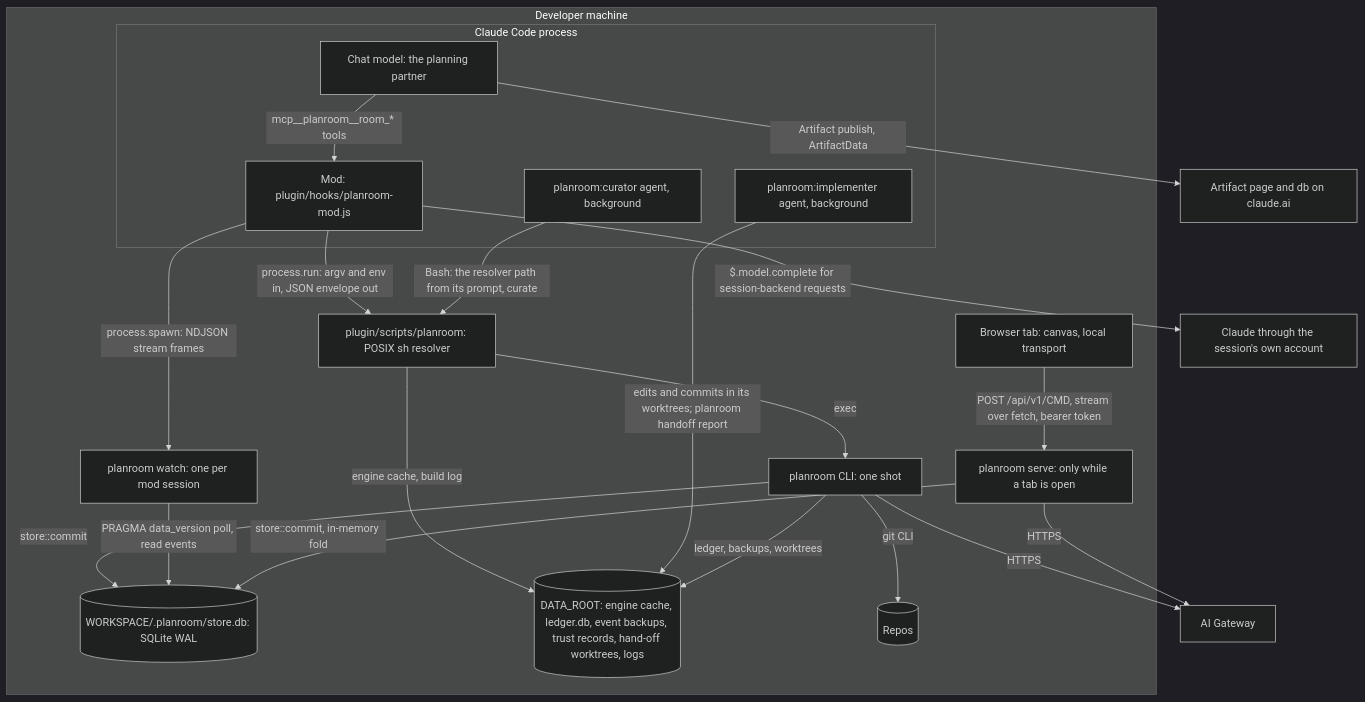
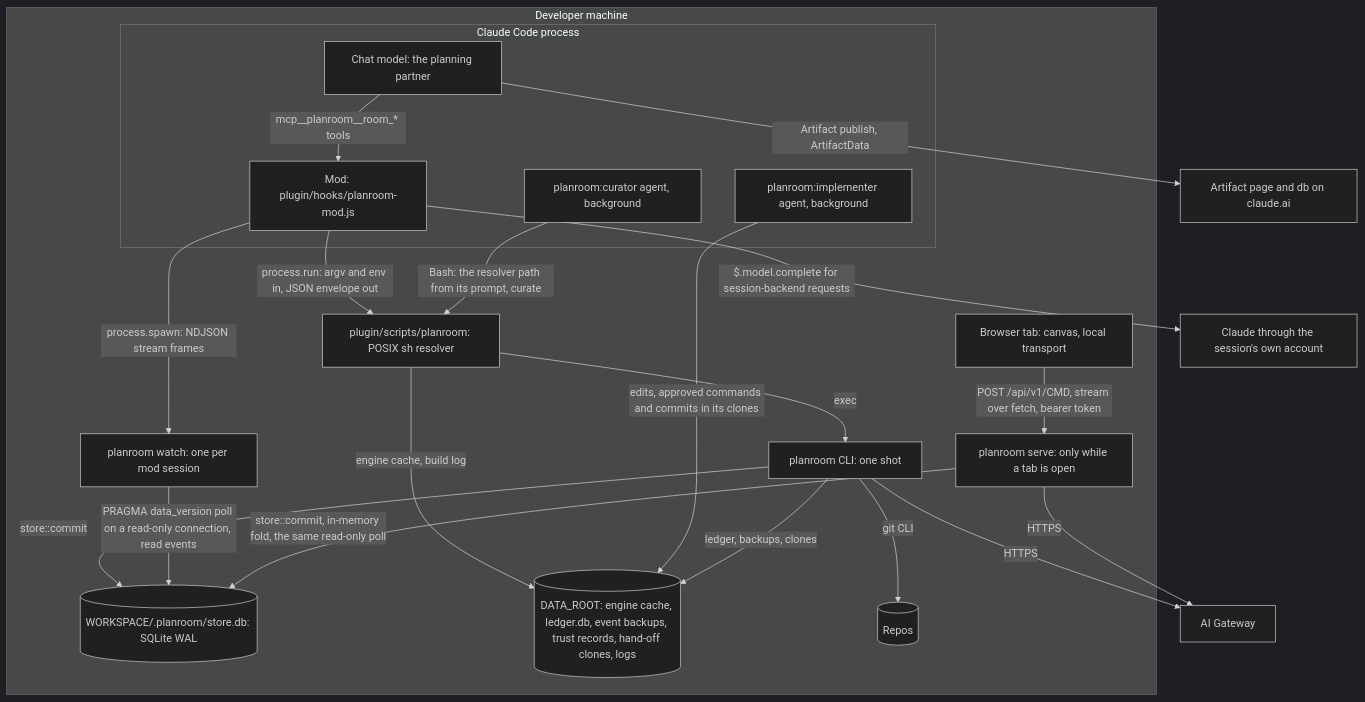
Before and after one commit to doodla/planroom: the second of 7 diagrams in docs/contributing/architecture.md, drawn with Mermaid (dark theme). The commit also changed other lines of this file and 11 other files, not shown here.

First line of the commit message:
Architecture review round 2: apply the fixes, owner follow-ups in DR-72

````diff
--- a/docs/contributing/architecture.md
+++ b/docs/contributing/architecture.md
@@ -110,39 +110,39 @@
 ```mermaid
 flowchart TB
   subgraph machine["Developer machine"]
     subgraph ccp["Claude Code process"]
       mod["Mod: plugin/hooks/planroom-mod.js"]
       chat["Chat model: the planning partner"]
       impl["planroom:implementer agent, background"]
       cur["planroom:curator agent, background"]
     end
     resolver["plugin/scripts/planroom: POSIX sh resolver"]
     cli["planroom CLI: one shot"]
     watch["planroom watch: one per mod session"]
     serve["planroom serve: only while a tab is open"]
     db[("WORKSPACE/.planroom/store.db: SQLite WAL")]
-    data[("DATA_ROOT: engine cache, ledger.db, event backups, trust records, hand-off worktrees, logs")]
+    data[("DATA_ROOT: engine cache, ledger.db, event backups, trust records, hand-off clones, logs")]
     repos[("Repos")]
     tab["Browser tab: canvas, local transport"]
   end
   gw["AI Gateway"]
   acct["Claude through the session's own account"]
   art["Artifact page and db on claude.ai"]
   chat -- "mcp__planroom__room_* tools" --> mod
   mod -- "process.run: argv and env in, JSON envelope out" --> resolver
   mod -- "process.spawn: NDJSON stream frames" --> watch
   mod -- "$.model.complete for session-backend requests" --> acct
   resolver -- "exec" --> cli
   resolver -- "engine cache, build log" --> data
   cur -- "Bash: the resolver path from its prompt, curate" --> resolver
-  impl -- "edits and commits in its worktrees; planroom handoff report" --> data
+  impl -- "edits, approved commands and commits in its clones" --> data
   cli -- "store::commit" --> db
-  cli -- "ledger, backups, worktrees" --> data
-  watch -- "PRAGMA data_version poll, read events" --> db
-  serve -- "store::commit, in-memory fold" --> db
+  cli -- "ledger, backups, clones" --> data
+  watch -- "PRAGMA data_version poll on a read-only connection, read events" --> db
+  serve -- "store::commit, in-memory fold, the same read-only poll" --> db
   cli -- "git CLI" --> repos
   tab -- "POST /api/v1/CMD, stream over fetch, bearer token" --> serve
   cli -- "HTTPS" --> gw
   serve -- "HTTPS" --> gw
   chat -- "Artifact publish, ArtifactData" --> art
 ```
````
